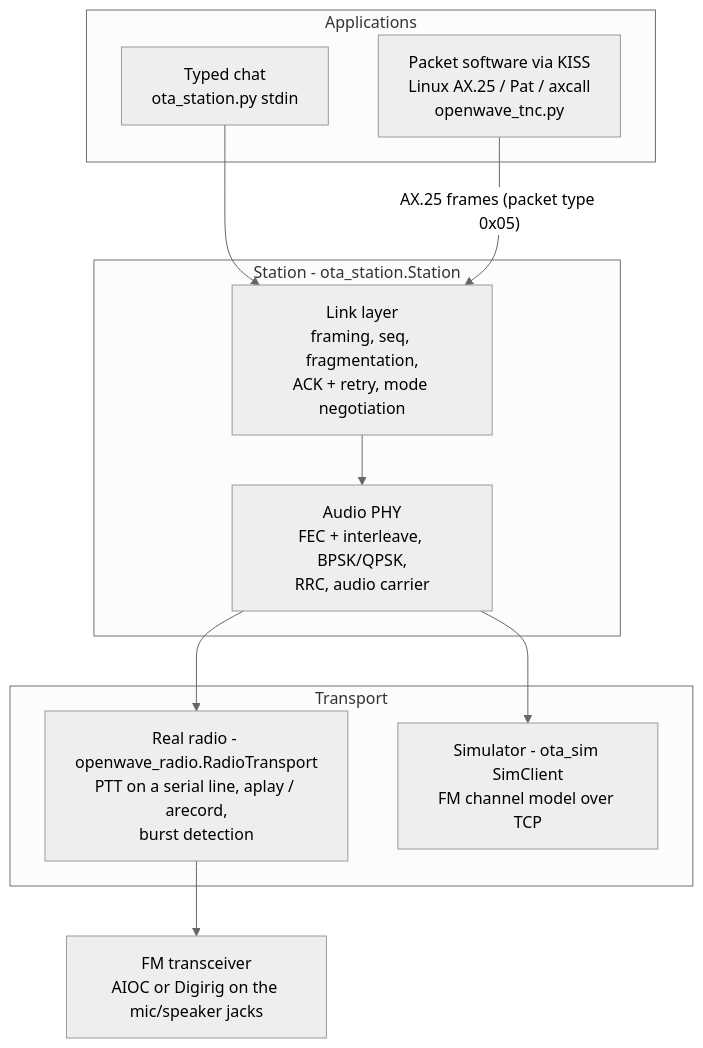
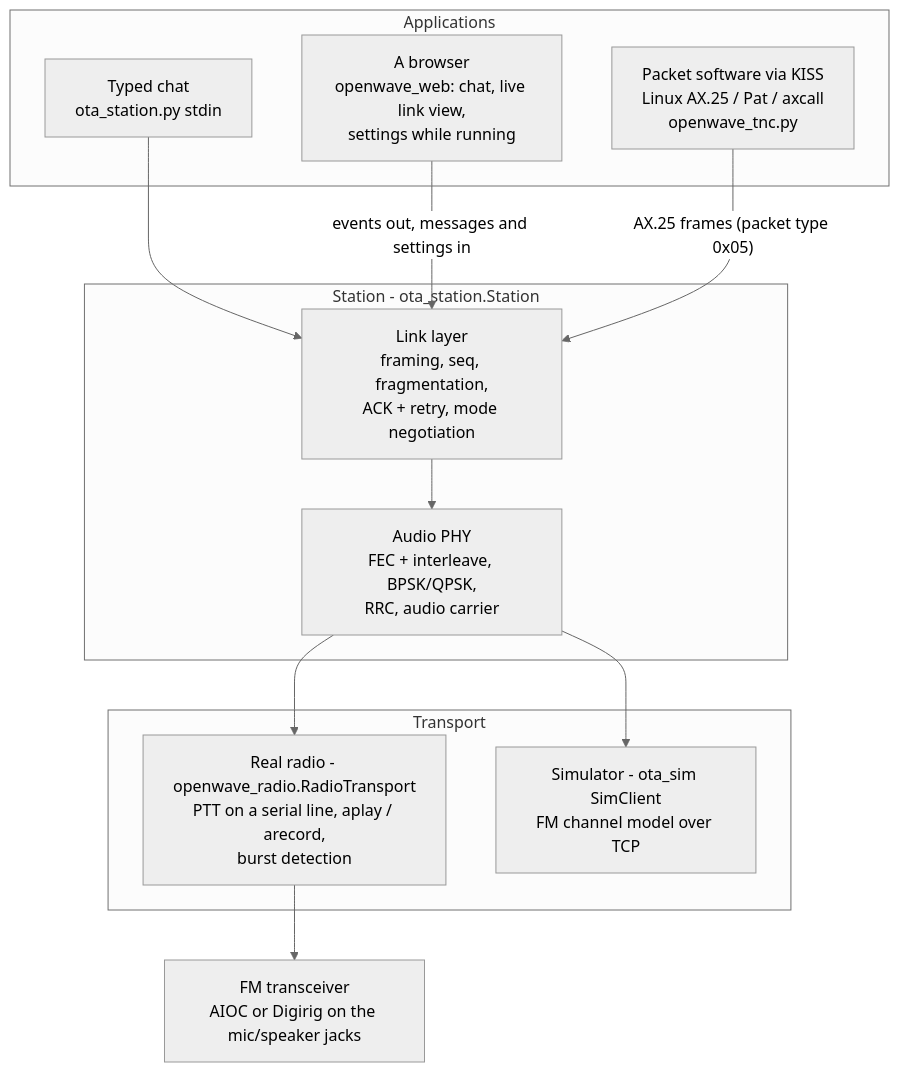
Before and after one commit to md-thomas/fmlink: the first of 5 diagrams in MODEM_ARCHITECTURE.md, drawn with Mermaid (neutral theme). The commit also changed other lines of this file and 3 other files, not shown here.

````diff
--- a/MODEM_ARCHITECTURE.md
+++ b/MODEM_ARCHITECTURE.md
@@ -14,23 +14,25 @@
 ```mermaid
 flowchart TB
     subgraph apps["Applications"]
         chat["Typed chat<br/>ota_station.py stdin"]
         kiss["Packet software via KISS<br/>Linux AX.25 / Pat / axcall<br/>openwave_tnc.py"]
+        web["A browser<br/>openwave_web: chat, live link view,<br/>settings while running"]
     end
     subgraph station["Station - ota_station.Station"]
         link["Link layer<br/>framing, seq, fragmentation,<br/>ACK + retry, mode negotiation"]
         phy["Audio PHY<br/>FEC + interleave, BPSK/QPSK,<br/>RRC, audio carrier"]
     end
     subgraph transport["Transport"]
         radio["Real radio - openwave_radio.RadioTransport<br/>PTT on a serial line, aplay / arecord,<br/>burst detection"]
         sim["Simulator - ota_sim SimClient<br/>FM channel model over TCP"]
     end
     hw["FM transceiver<br/>AIOC or Digirig on the mic/speaker jacks"]
 
     chat --> link
+    web -- "events out, messages and settings in" --> link
     kiss -- "AX.25 frames (packet type 0x05)" --> link
     link --> phy
     phy --> radio
     phy --> sim
     radio --> hw
 ```
````
